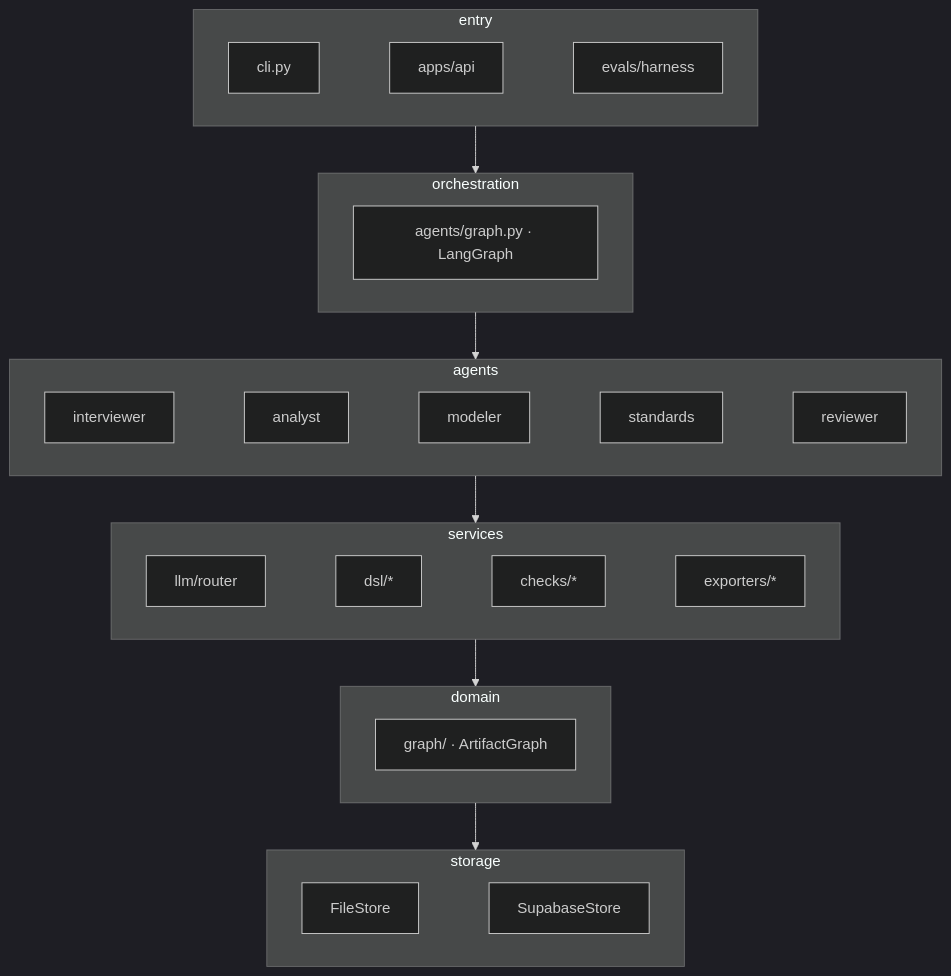
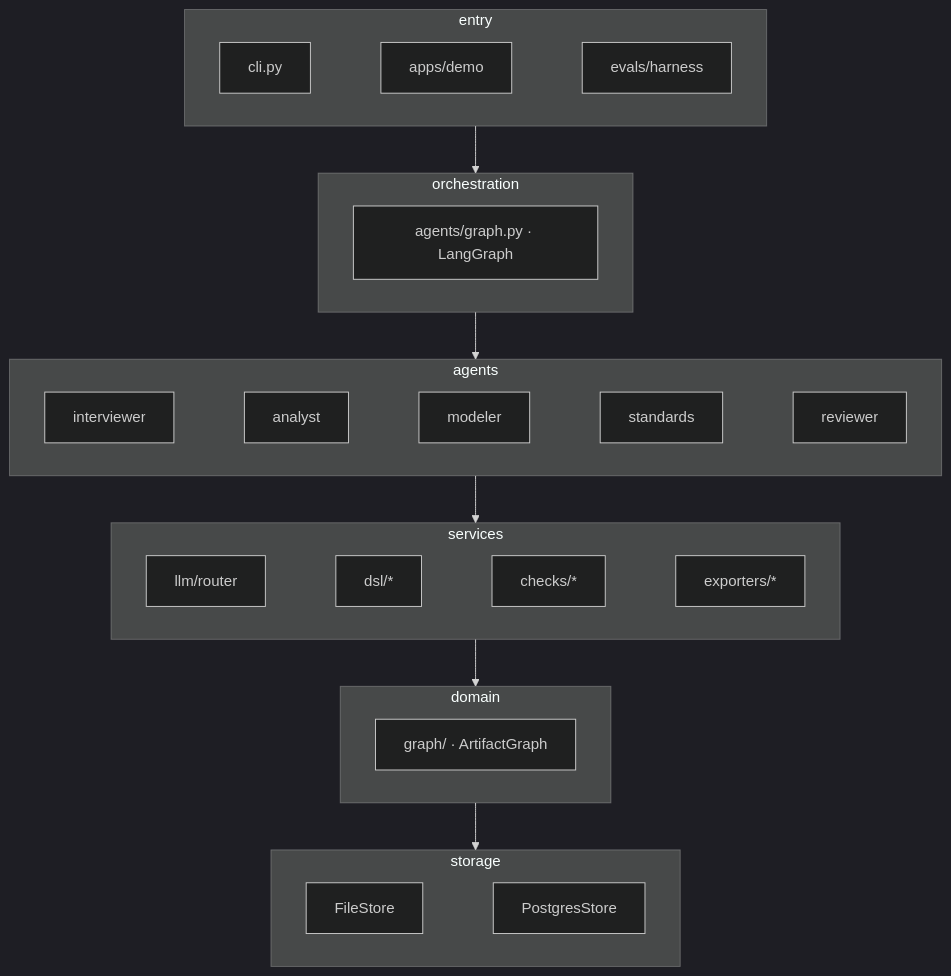
Before and after one commit to Axx-Axvd/reqgraph: the second of 2 diagrams in docs/tech-design/02_arch.md, drawn with Mermaid (dark theme). The commit also changed other lines of this file and 23 other files, not shown here.

````diff
--- a/docs/tech-design/02_arch.md
+++ b/docs/tech-design/02_arch.md
@@ -27,22 +27,22 @@
 ```mermaid
 flowchart TB
   subgraph entry
-    cli[cli.py] ~~~ api[apps/api] ~~~ ev[evals/harness]
+    cli[cli.py] ~~~ demo[apps/demo] ~~~ ev[evals/harness]
   end
   subgraph orchestration
     lg[agents/graph.py · LangGraph]
   end
   subgraph agents
     i[interviewer] ~~~ a[analyst] ~~~ m[modeler] ~~~ s[standards] ~~~ r[reviewer]
   end
   subgraph services
     llm[llm/router] ~~~ dsl[dsl/*] ~~~ chk[checks/*] ~~~ exp[exporters/*]
   end
   subgraph domain
     g[graph/ · ArtifactGraph]
   end
   subgraph storage
-    fs[FileStore] ~~~ ss[SupabaseStore]
+    fs[FileStore] ~~~ ss[PostgresStore]
   end
   entry --> orchestration --> agents --> services --> domain --> storage
 ```
````
